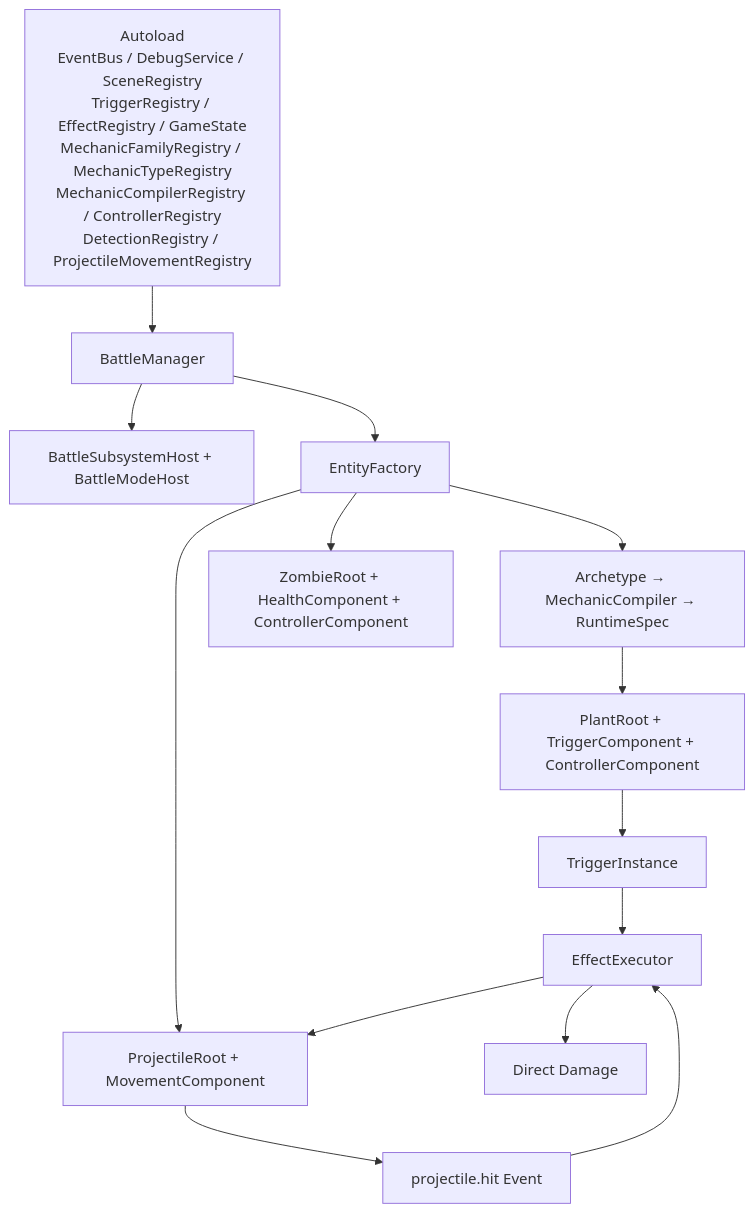
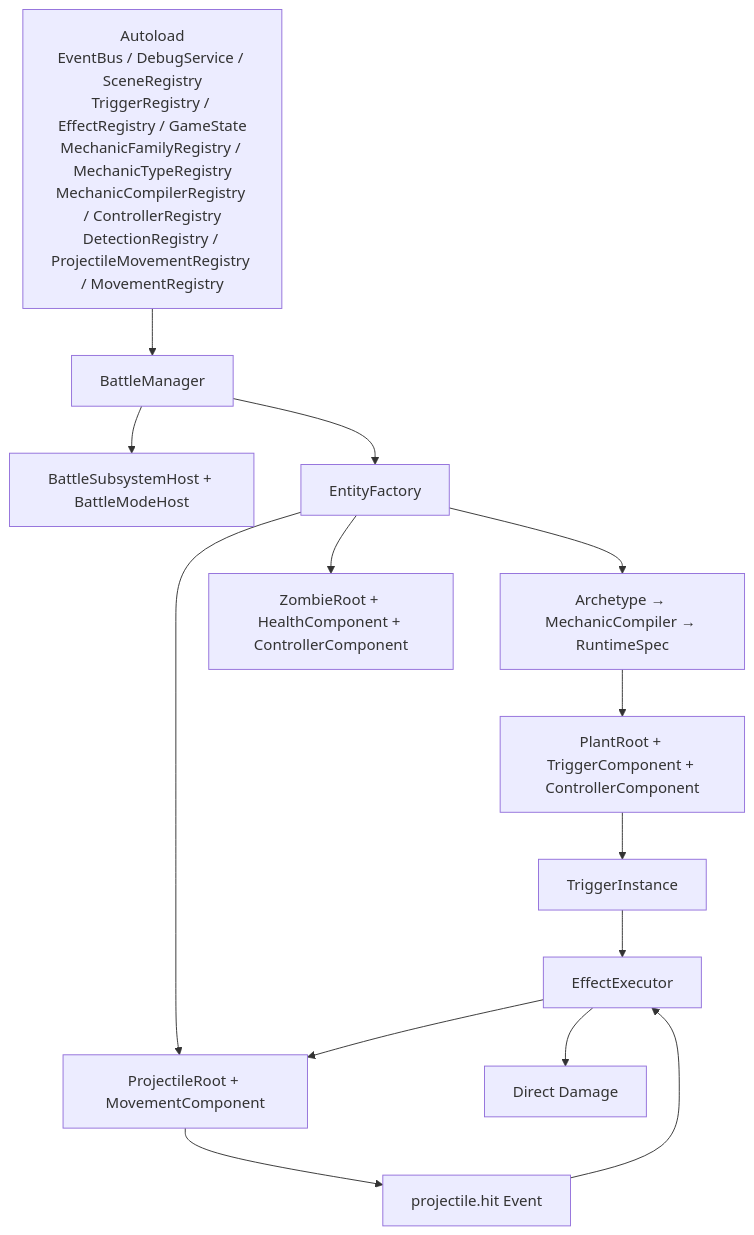
Before and after one commit to Abgetrennter/open_pvz: the second of 2 diagrams in wiki/01-overview/00-架构总览.md, drawn with Mermaid. The commit also changed other lines of this file and 74 other files, not shown here.

````diff
--- a/wiki/01-overview/00-架构总览.md
+++ b/wiki/01-overview/00-架构总览.md
@@ -70,16 +70,16 @@
 ```mermaid
 graph TD
-    A["Autoload<br/>EventBus / DebugService / SceneRegistry<br/>TriggerRegistry / EffectRegistry / GameState<br/>MechanicFamilyRegistry / MechanicTypeRegistry<br/>MechanicCompilerRegistry / ControllerRegistry<br/>DetectionRegistry / ProjectileMovementRegistry"] --> B["BattleManager"]
+    A["Autoload<br/>EventBus / DebugService / SceneRegistry<br/>TriggerRegistry / EffectRegistry / GameState<br/>MechanicFamilyRegistry / MechanicTypeRegistry<br/>MechanicCompilerRegistry / ControllerRegistry<br/>DetectionRegistry / ProjectileMovementRegistry / MovementRegistry"] --> B["BattleManager"]
     B --> B1["BattleSubsystemHost + BattleModeHost"]
     B --> C["EntityFactory"]
     C --> D["Archetype → MechanicCompiler → RuntimeSpec"]
     D --> E["PlantRoot + TriggerComponent + ControllerComponent"]
     C --> F["ZombieRoot + HealthComponent + ControllerComponent"]
     C --> G["ProjectileRoot + MovementComponent"]
     E --> H["TriggerInstance"]
     H --> I["EffectExecutor"]
     I --> G
     I --> J["Direct Damage"]
     G --> K["projectile.hit Event"]
     K --> I
 ```
````
